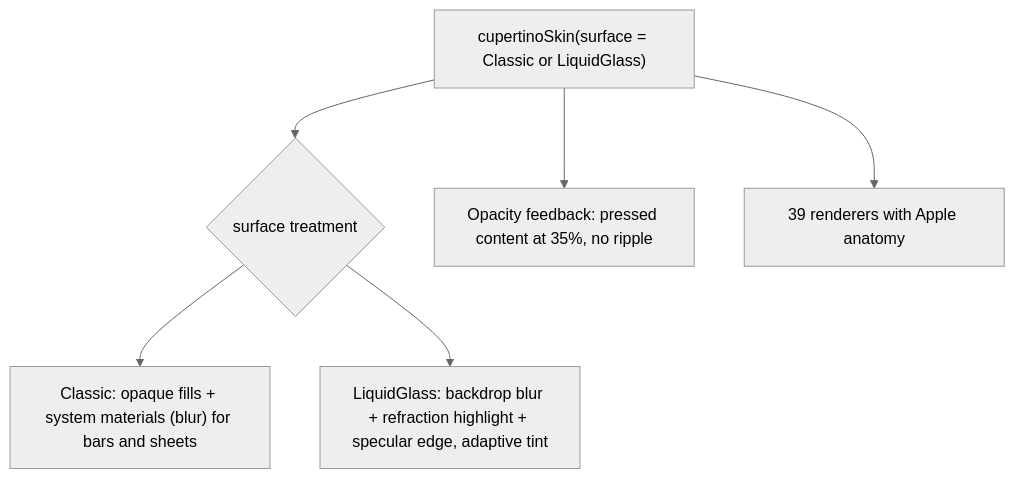
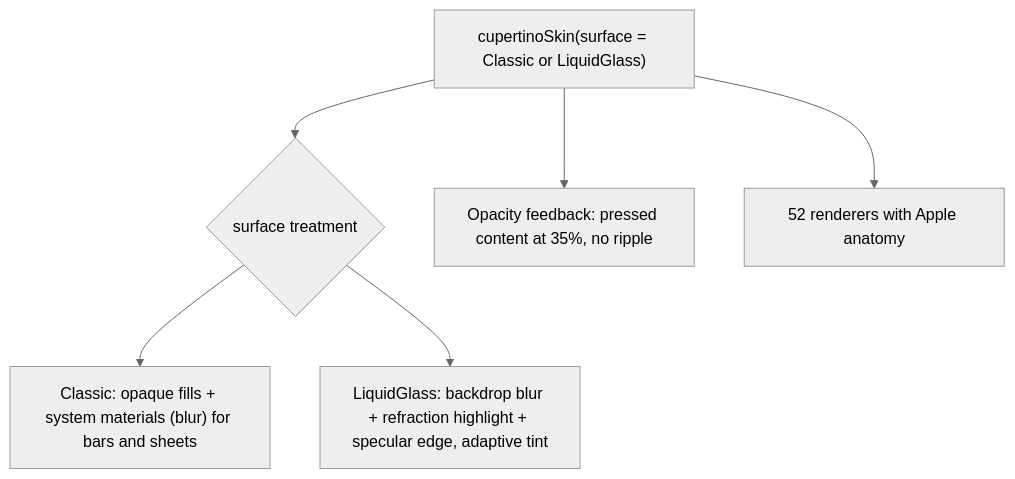
The first of 3 diagrams in docs/internal/development/guide/04-skins/03-cupertino-skin.mdx (srctool/camouflage), drawn with Mermaid (neutral theme) before and after one commit. The commit also changed other lines of this file, not shown here.

````diff
--- a/docs/internal/development/guide/04-skins/03-cupertino-skin.mdx
+++ b/docs/internal/development/guide/04-skins/03-cupertino-skin.mdx
@@ -31,8 +33,8 @@
 ```mermaid
 flowchart TB
     CS["cupertinoSkin(surface = Classic or LiquidGlass)"] --> ST{"surface treatment"}
     ST --> Classic["Classic: opaque fills + system materials (blur) for bars and sheets"]
     ST --> Glass["LiquidGlass: backdrop blur + refraction highlight + specular edge, adaptive tint"]
     CS --> Op["Opacity feedback: pressed content at 35%, no ripple"]
-    CS --> Rs["39 renderers with Apple anatomy"]
+    CS --> Rs["52 renderers with Apple anatomy"]
 ```
````
